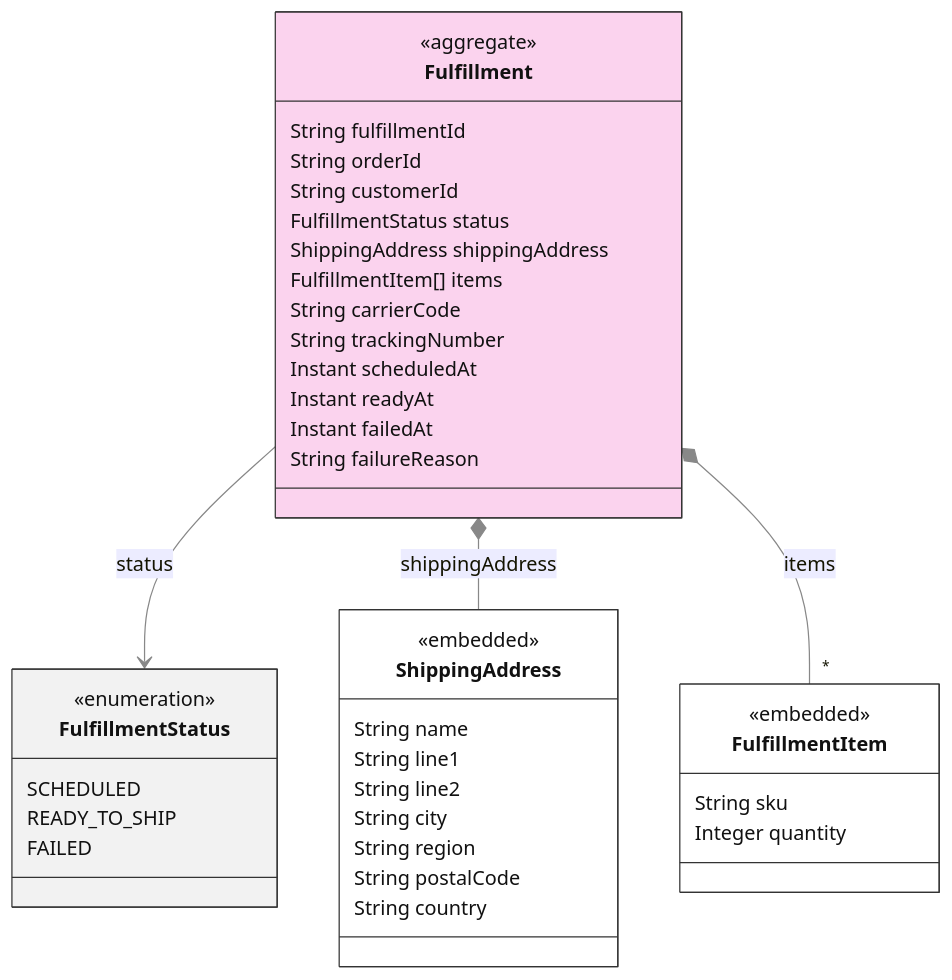
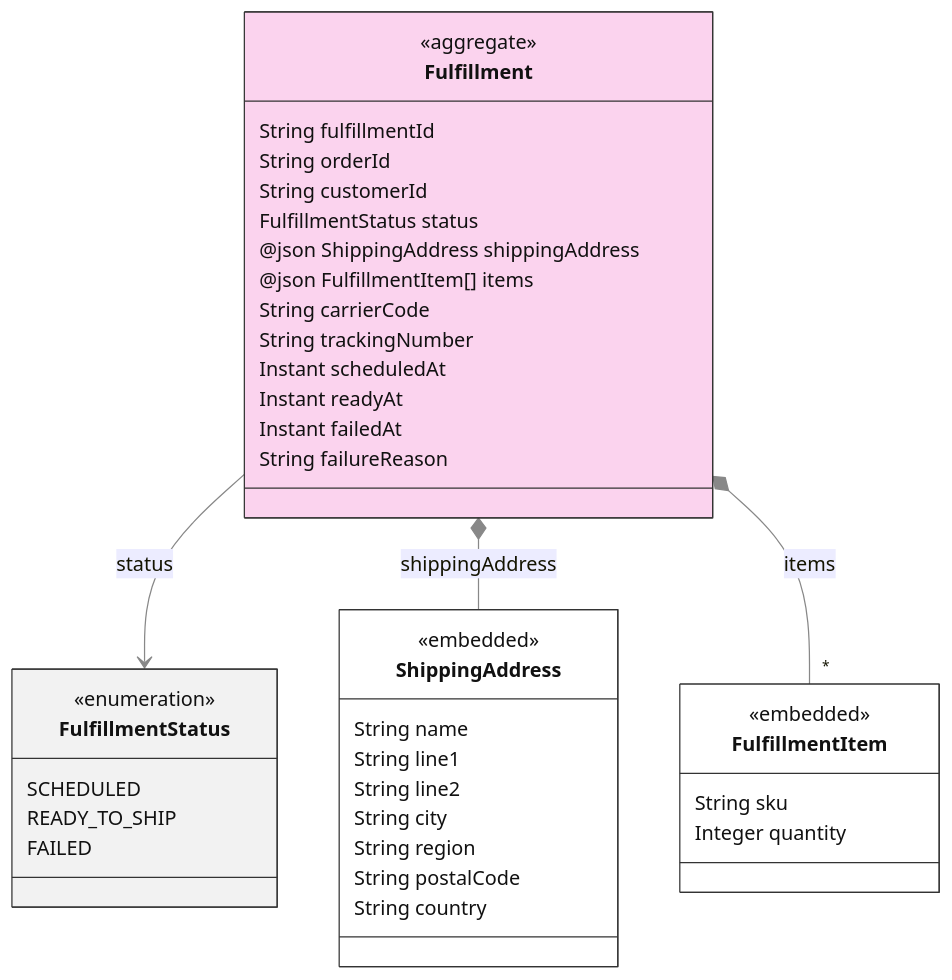
Before and after one commit to ZenWave360/dsl-kotlin: the third of 5 diagrams in dsl-docs/src/commonTest/resources/snapshots/arcadia-modulith/modules/fulfillment-shipping.md, drawn with Mermaid. The commit also changed other lines of this file and 14 other files, not shown here.

Commit message:
feat(views,docs): service box label as in the ZDL, @json field types, one domain events diagram per ZDL

````diff
--- a/dsl-docs/src/commonTest/resources/snapshots/arcadia-modulith/modules/fulfillment-shipping.md
+++ b/dsl-docs/src/commonTest/resources/snapshots/arcadia-modulith/modules/fulfillment-shipping.md
@@ -118,53 +117,53 @@
 ```mermaid
 ---
 config:
   theme: default
   themeVariables:
     lineColor: "#888888"
     edgeLabelBackground: "#ffffff"
 ---
 classDiagram
     class Fulfillment {
         <<aggregate>>
         String fulfillmentId
         String orderId
         String customerId
         FulfillmentStatus status
-        ShippingAddress shippingAddress
-        FulfillmentItem[] items
+        @json ShippingAddress shippingAddress
+        @json FulfillmentItem[] items
         String carrierCode
         String trackingNumber
         Instant scheduledAt
         Instant readyAt
         Instant failedAt
         String failureReason
     }
     class ShippingAddress {
         <<embedded>>
         String name
         String line1
         String line2
         String city
         String region
         String postalCode
         String country
     }
     class FulfillmentItem {
         <<embedded>>
         String sku
         Integer quantity
     }
     class FulfillmentStatus {
         <<enumeration>>
         SCHEDULED
         READY_TO_SHIP
         FAILED
     }
     Fulfillment --> FulfillmentStatus : status
     Fulfillment *-- ShippingAddress : shippingAddress
     Fulfillment *-- "*" FulfillmentItem : items
     style Fulfillment fill:#fbd3ee,stroke:#333333,color:#111111
     style ShippingAddress fill:#ffffff,stroke:#333333,color:#111111
     style FulfillmentItem fill:#ffffff,stroke:#333333,color:#111111
     style FulfillmentStatus fill:#f2f2f2,stroke:#333333,color:#111111
 ```
````
